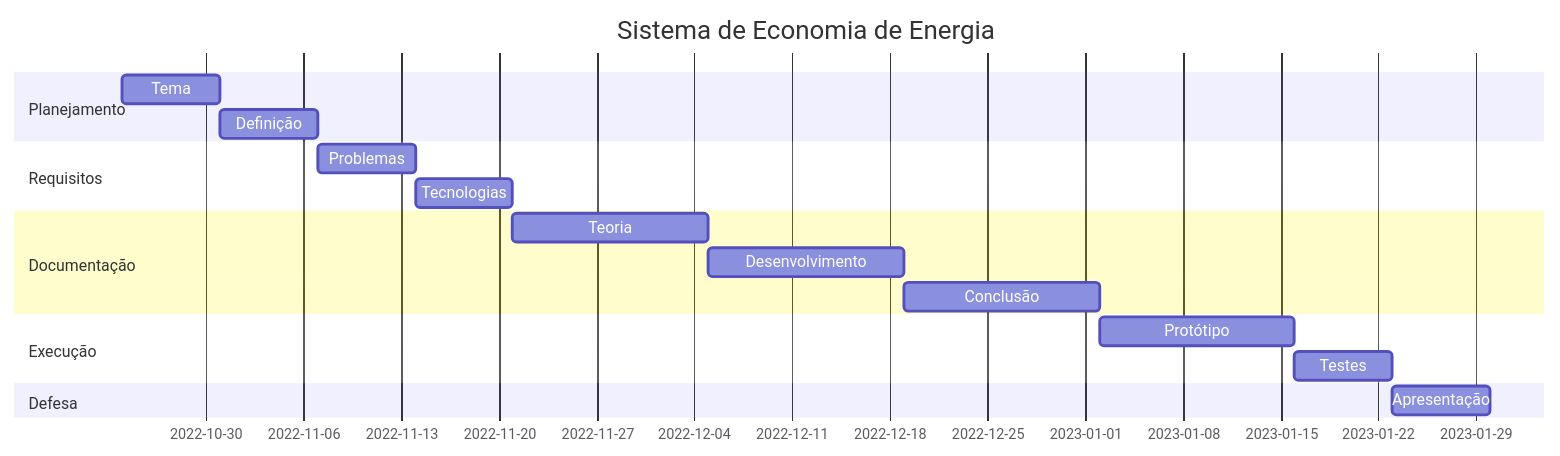
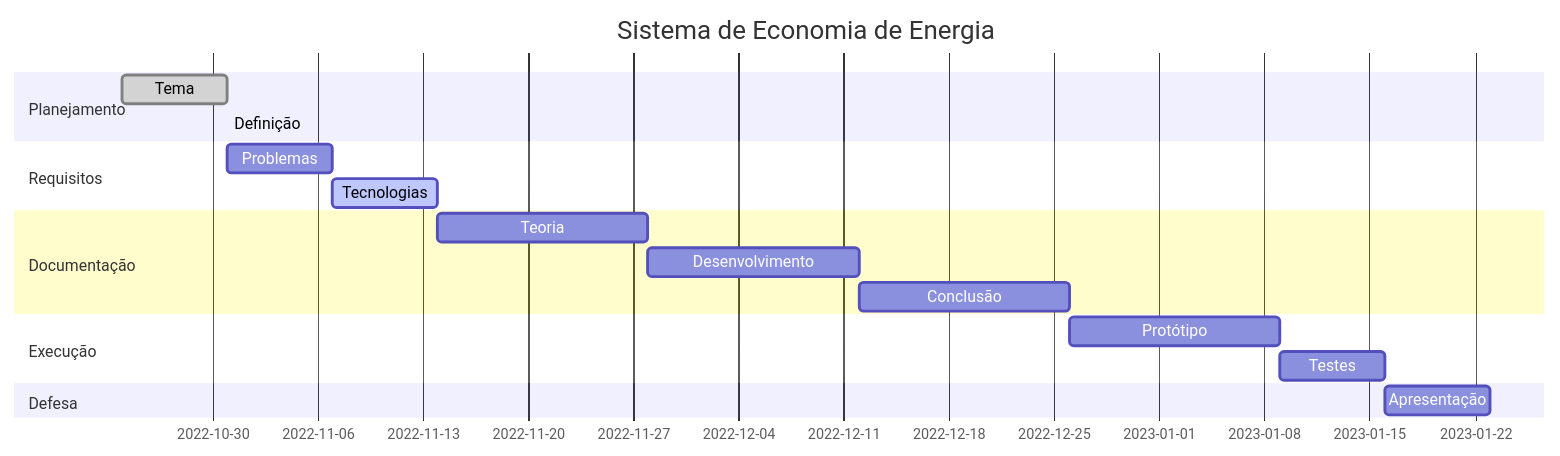
The diagram in README.md (marcilio-freitas27/projeto-integrador-gantt), drawn with Mermaid before and after one commit.

Commit message:
Atualizando status das tarefas.

````diff
--- a/README.md
+++ b/README.md
@@ -5,25 +5,25 @@
 ```mermaid
 gantt
     title Sistema de Economia de Energia
     dateFormat  YYYY-MM-DD
 
     section Planejamento
-    Tema                :a1, 2022-10-24, 7d
-    Definição           :a2, after a1, 7d
+    Tema                :done, a1, 2022-10-24, 7d
+    Definição           :done, a2, after a1, 7
 
     section Requisitos
     Problemas           :b1, after a2  , 7d
-    Tecnologias         :b2, after b1  ,7d
+    Tecnologias         :active, b2, after b1  ,7d
 
     section Documentação
     Teoria         :c1, after b2, 14d
     Desenvolvimento      :c2, after c1, 14d
     Conclusão       :c3, after c2, 14d
 
     section Execução
     Protótipo           :d1, after c3, 14d
     Testes              :d2, after d1, 7d
 
     section Defesa
     Apresentação        :e1, after d2, 7d
 ```
````
